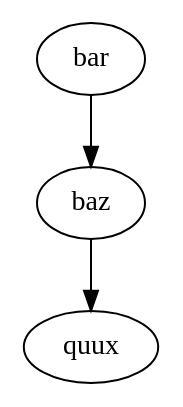
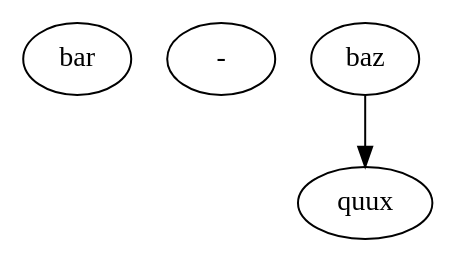
Before and after one commit to openalea/stat_tool: the diagram in stat_tool/doc/user/admin.rst, drawn with Graphviz. The commit also changed 3 other files, not shown here.

```diff
--- a/stat_tool/doc/user/admin.rst
+++ b/stat_tool/doc/user/admin.rst
@@ -10,3 +10,3 @@
 .. digraph:: foo
 
-   "bar" -> "baz" -> "quux";
+   "bar" <-> "baz" -> "quux";
```
